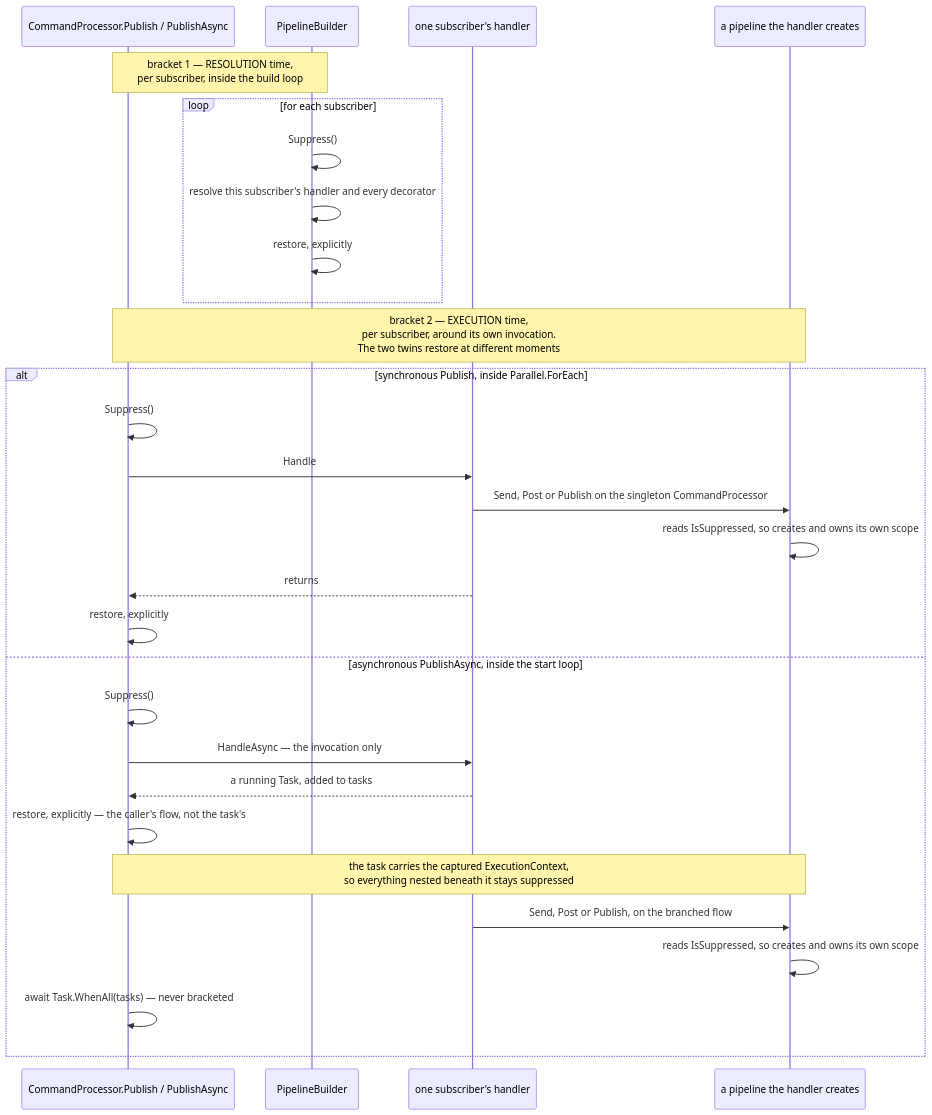
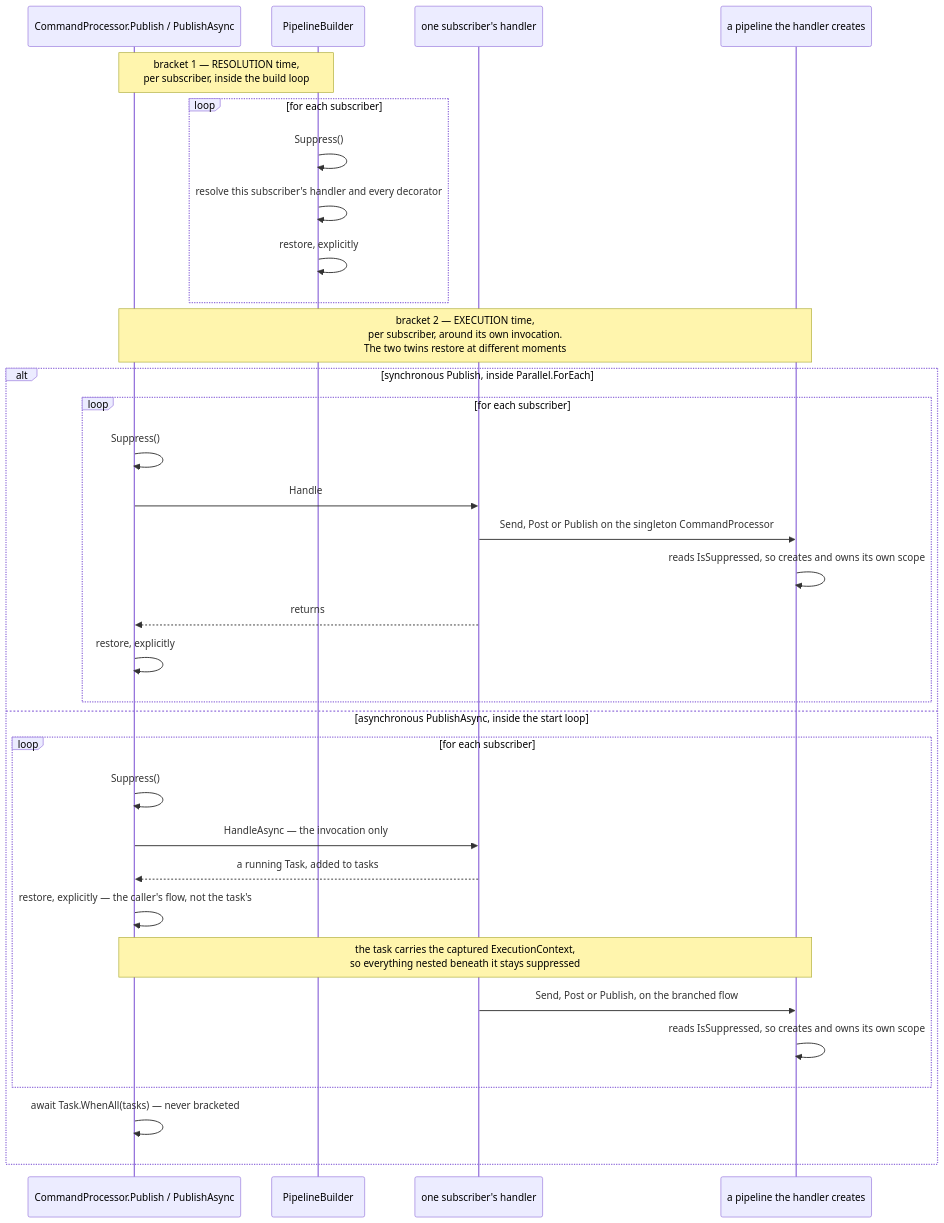
Before and after one commit to BrighterCommand/Brighter: the first of 2 diagrams in docs/adr/0075-publish-subscriber-scope-suppression.md, drawn with Mermaid. The commit also changed other lines of this file, not shown here.

````diff
--- a/docs/adr/0075-publish-subscriber-scope-suppression.md
+++ b/docs/adr/0075-publish-subscriber-scope-suppression.md
@@ -97,33 +97,37 @@
 ```mermaid
 sequenceDiagram
     participant CP as CommandProcessor.Publish / PublishAsync
     participant PB as PipelineBuilder
     participant Sub as one subscriber's handler
     participant Nested as a pipeline the handler creates
 
     Note over CP,PB: bracket 1 — RESOLUTION time,<br/>per subscriber, inside the build loop
     loop for each subscriber
         PB->>PB: Suppress()
         PB->>PB: resolve this subscriber's handler and every decorator
         PB->>PB: restore, explicitly
     end
 
     Note over CP,Nested: bracket 2 — EXECUTION time,<br/>per subscriber, around its own invocation.<br/>The two twins restore at different moments
     alt synchronous Publish, inside Parallel.ForEach
-        CP->>CP: Suppress()
-        CP->>Sub: Handle
-        Sub->>Nested: Send, Post or Publish on the singleton CommandProcessor
-        Nested->>Nested: reads IsSuppressed, so creates and owns its own scope
-        Sub-->>CP: returns
-        CP->>CP: restore, explicitly
+        loop for each subscriber
+            CP->>CP: Suppress()
+            CP->>Sub: Handle
+            Sub->>Nested: Send, Post or Publish on the singleton CommandProcessor
+            Nested->>Nested: reads IsSuppressed, so creates and owns its own scope
+            Sub-->>CP: returns
+            CP->>CP: restore, explicitly
+        end
     else asynchronous PublishAsync, inside the start loop
-        CP->>CP: Suppress()
-        CP->>Sub: HandleAsync — the invocation only
-        Sub-->>CP: a running Task, added to tasks
-        CP->>CP: restore, explicitly — the caller's flow, not the task's
-        Note over CP,Nested: the task carries the captured ExecutionContext,<br/>so everything nested beneath it stays suppressed
-        Sub->>Nested: Send, Post or Publish, on the branched flow
-        Nested->>Nested: reads IsSuppressed, so creates and owns its own scope
+        loop for each subscriber
+            CP->>CP: Suppress()
+            CP->>Sub: HandleAsync — the invocation only
+            Sub-->>CP: a running Task, added to tasks
+            CP->>CP: restore, explicitly — the caller's flow, not the task's
+            Note over CP,Nested: the task carries the captured ExecutionContext,<br/>so everything nested beneath it stays suppressed
+            Sub->>Nested: Send, Post or Publish, on the branched flow
+            Nested->>Nested: reads IsSuppressed, so creates and owns its own scope
+        end
         CP->>CP: await Task.WhenAll(tasks) — never bracketed
     end
 ```
````
